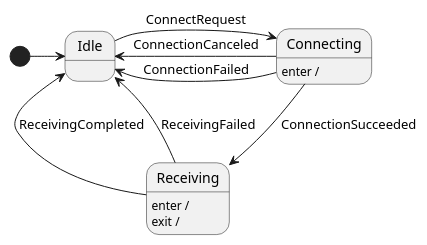
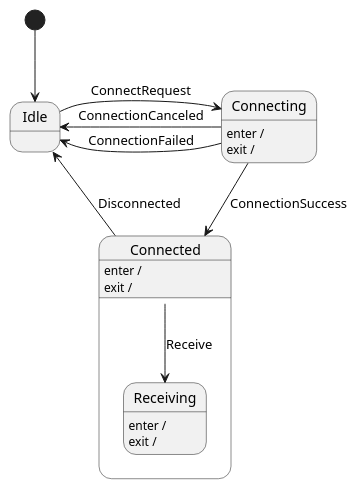
One commit to ArtemPindrus/FinancialTracker changed the diagram in FinancialTracker/StateMachines/SyncClient/SyncClient.plantuml. Above: the diagram before and after it, drawn with PlantUML. The commit also changed 13 other files, not shown here.

```diff
--- a/FinancialTracker/StateMachines/SyncClient/SyncClient.plantuml
+++ b/FinancialTracker/StateMachines/SyncClient/SyncClient.plantuml
@@ -1,23 +1,30 @@
 @startuml SyncClient
 
 state Idle
 state Connecting {
     Connecting: enter / 
+    Connecting: exit / 
 }
-state Receiving {
-    Receiving: enter / 
-    Receiving: exit /
+state Connected {
+    Connected: enter / 
+    Connected: exit / 
+
+    state Receiving {
+        Receiving: enter / 
+        Receiving: exit / 
+    }
+
+    Connected --> Receiving: Receive
 }
 
-[*] -> Idle
+[*] --> Idle
 
 Idle -> Connecting: ConnectRequest
 
-Connecting --> Receiving: ConnectionSucceeded
-Connecting -> Idle: ConnectionFailed
-Connecting -> Idle: ConnectionCanceled
+Connecting --> Connected: ConnectionSuccess
+Connecting -left-> Idle: ConnectionFailed 
+Connecting -left-> Idle: ConnectionCanceled
 
-Receiving -> Idle: ReceivingCompleted
-Receiving -> Idle: ReceivingFailed
+Connected -up-> Idle: Disconnected
 
 @enduml
```
